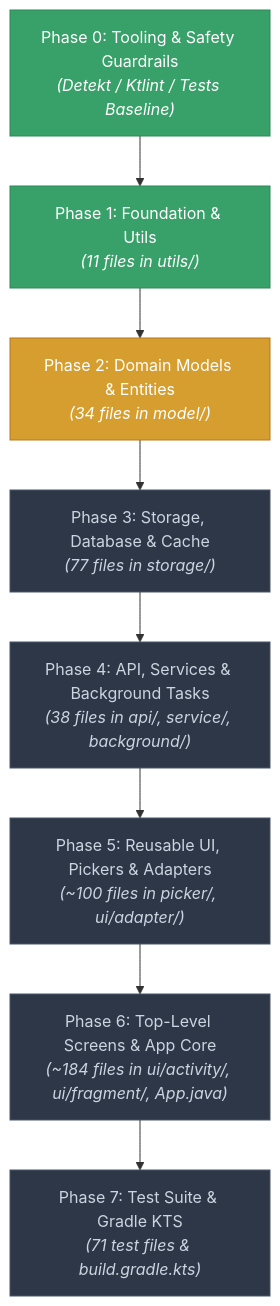
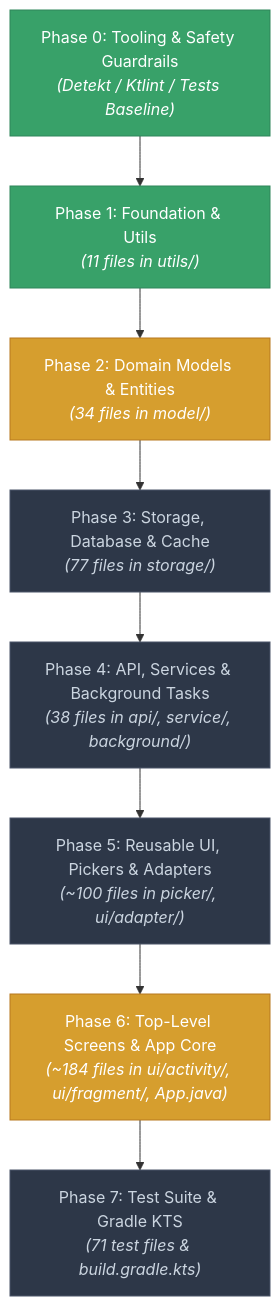
Before and after one commit to solomonrajan/cashledger: the first of 2 diagrams in KOTLIN_MIGRATION.mdx, drawn with Mermaid. The commit also changed other lines of this file and 7 other files, not shown here.

````diff
--- a/KOTLIN_MIGRATION.mdx
+++ b/KOTLIN_MIGRATION.mdx
@@ -57,23 +57,23 @@
 ```mermaid
 flowchart TD
     classDef pending fill:#2D3748,stroke:#4A5568,color:#CBD5E0
     classDef inprog fill:#D69E2E,stroke:#B7791F,color:#FFFFFF
     classDef complete fill:#38A169,stroke:#2F855A,color:#FFFFFF
 
     P0["Phase 0: Tooling & Safety Guardrails<br/><i>(Detekt / Ktlint / Tests Baseline)</i>"]:::complete
     P1["Phase 1: Foundation & Utils<br/><i>(11 files in utils/)</i>"]:::complete
     P2["Phase 2: Domain Models & Entities<br/><i>(34 files in model/)</i>"]:::inprog
     P3["Phase 3: Storage, Database & Cache<br/><i>(77 files in storage/)</i>"]:::pending
     P4["Phase 4: API, Services & Background Tasks<br/><i>(38 files in api/, service/, background/)</i>"]:::pending
     P5["Phase 5: Reusable UI, Pickers & Adapters<br/><i>(~100 files in picker/, ui/adapter/)</i>"]:::pending
-    P6["Phase 6: Top-Level Screens & App Core<br/><i>(~184 files in ui/activity/, ui/fragment/, App.java)</i>"]:::pending
+    P6["Phase 6: Top-Level Screens & App Core<br/><i>(~184 files in ui/activity/, ui/fragment/, App.java)</i>"]:::inprog
     P7["Phase 7: Test Suite & Gradle KTS<br/><i>(71 test files & build.gradle.kts)</i>"]:::pending
 
     P0 --> P1
     P1 --> P2
     P2 --> P3
     P3 --> P4
     P4 --> P5
     P5 --> P6
     P6 --> P7
 ```
````
